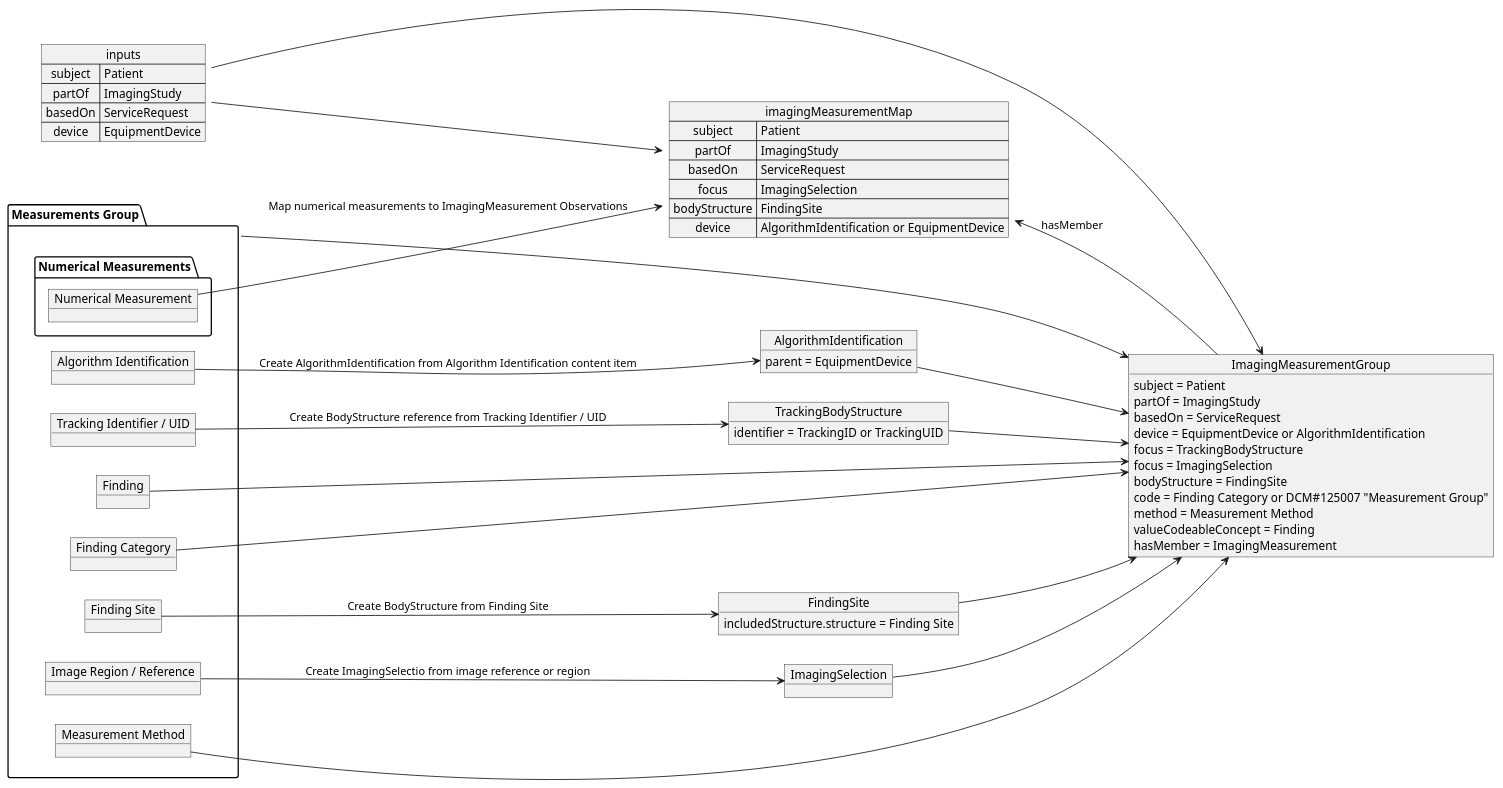
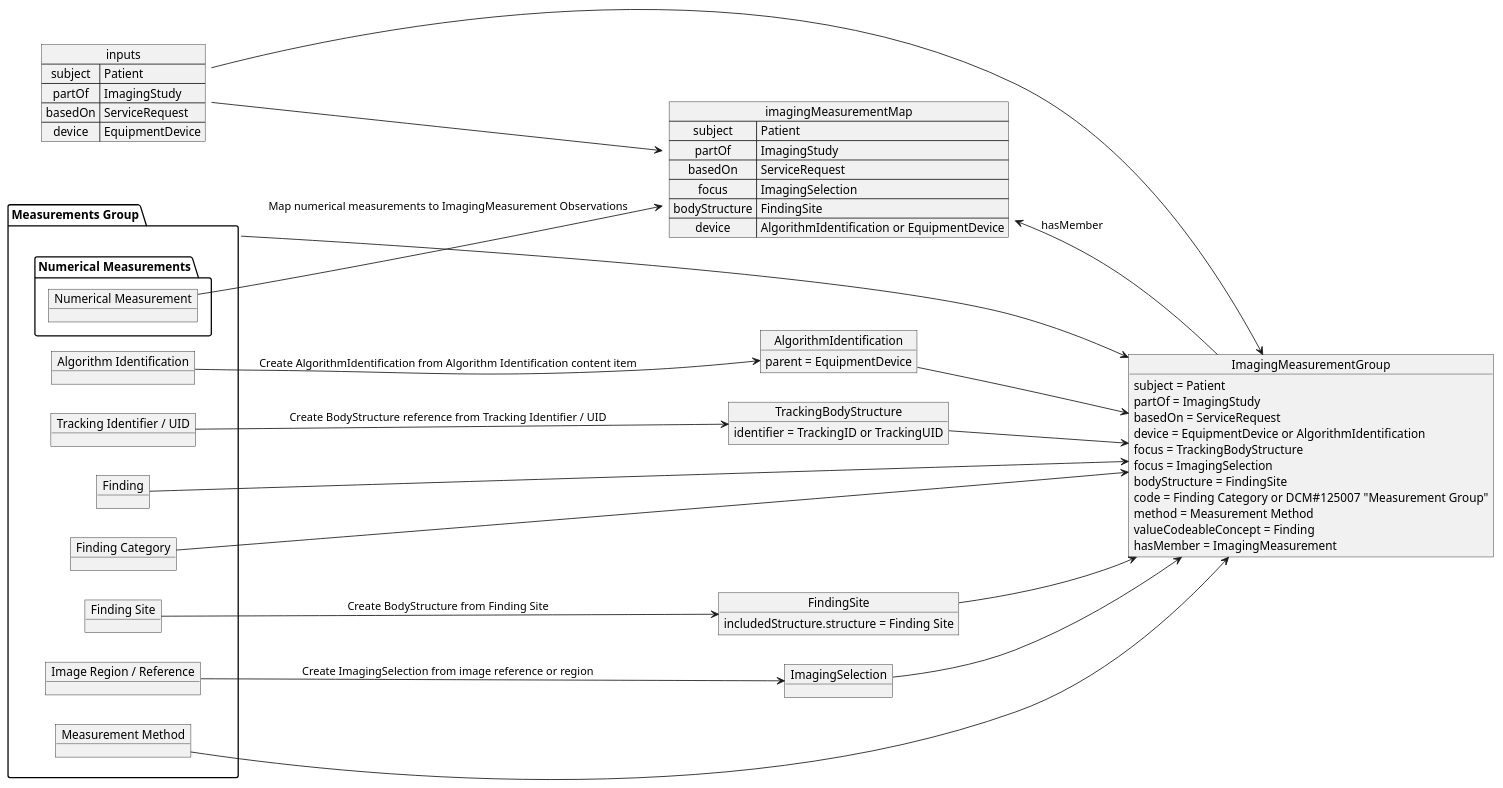
One commit to HL7/dicom-sr changed the diagram in input/images-source/imaging_measurement_group_mapping.plantuml. Above: the diagram before and after it, drawn with PlantUML. The commit also changed 12 other files, not shown here.

```diff
--- a/input/images-source/imaging_measurement_group_mapping.plantuml
+++ b/input/images-source/imaging_measurement_group_mapping.plantuml
@@ -1,80 +1,80 @@
 @startuml imaging_measurement_group_mapping
 left to right direction
 
 map inputs {
    subject => Patient
    partOf => ImagingStudy
    basedOn => ServiceRequest
    device => EquipmentDevice
 }
 
 package "Measurements Group" as measurementGroup {
    object "Algorithm Identification" as algorithm
    object "Tracking Identifier / UID" as tracking
    object "Finding" as finding
    object "Finding Category" as findingCategory
    object "Finding Site" as findingSite
    object "Image Region / Reference" as imageRegion
    object "Measurement Method" as method
    package "Numerical Measurements" {
     object "Numerical Measurement" as measurement
    }
 }
 
 object AlgorithmIdentification {
     parent = EquipmentDevice
 }
 
 object TrackingBodyStructure {
     identifier = TrackingID or TrackingUID
 }
 
 object FindingSite {
     includedStructure.structure = Finding Site
 }
 
 object ImagingSelection 
 
 object "ImagingMeasurementGroup" as imagingMeasurementGroup {
     subject = Patient
     partOf = ImagingStudy
     basedOn = ServiceRequest
     device = EquipmentDevice or AlgorithmIdentification
     focus = TrackingBodyStructure
     focus = ImagingSelection
     bodyStructure = FindingSite
     code = Finding Category or DCM#125007 "Measurement Group"
     method = Measurement Method
     valueCodeableConcept = Finding
     hasMember = ImagingMeasurement
 }
 
 map imagingMeasurementMap {
     subject => Patient
     partOf => ImagingStudy
     basedOn => ServiceRequest
     focus => TrackingBodyStructure
     focus => ImagingSelection
     bodyStructure => FindingSite
     device => AlgorithmIdentification or EquipmentDevice
 }
 
 algorithm --> AlgorithmIdentification: Create AlgorithmIdentification from Algorithm Identification content item
 tracking --> TrackingBodyStructure: Create BodyStructure reference from Tracking Identifier / UID
 findingSite --> FindingSite: Create BodyStructure from Finding Site
-imageRegion --> ImagingSelection: Create ImagingSelectio from image reference or region
+imageRegion --> ImagingSelection: Create ImagingSelection from image reference or region
 
 inputs --> imagingMeasurementGroup
 AlgorithmIdentification --> imagingMeasurementGroup
 TrackingBodyStructure --> imagingMeasurementGroup
 finding --> imagingMeasurementGroup
 findingCategory --> imagingMeasurementGroup
 FindingSite --> imagingMeasurementGroup
 ImagingSelection --> imagingMeasurementGroup
 measurementGroup --> imagingMeasurementGroup
 method --> imagingMeasurementGroup
 
 inputs --> imagingMeasurementMap
 measurement --> imagingMeasurementMap: Map numerical measurements to ImagingMeasurement Observations
 imagingMeasurementMap <-- imagingMeasurementGroup: hasMember
 @enduml
```
